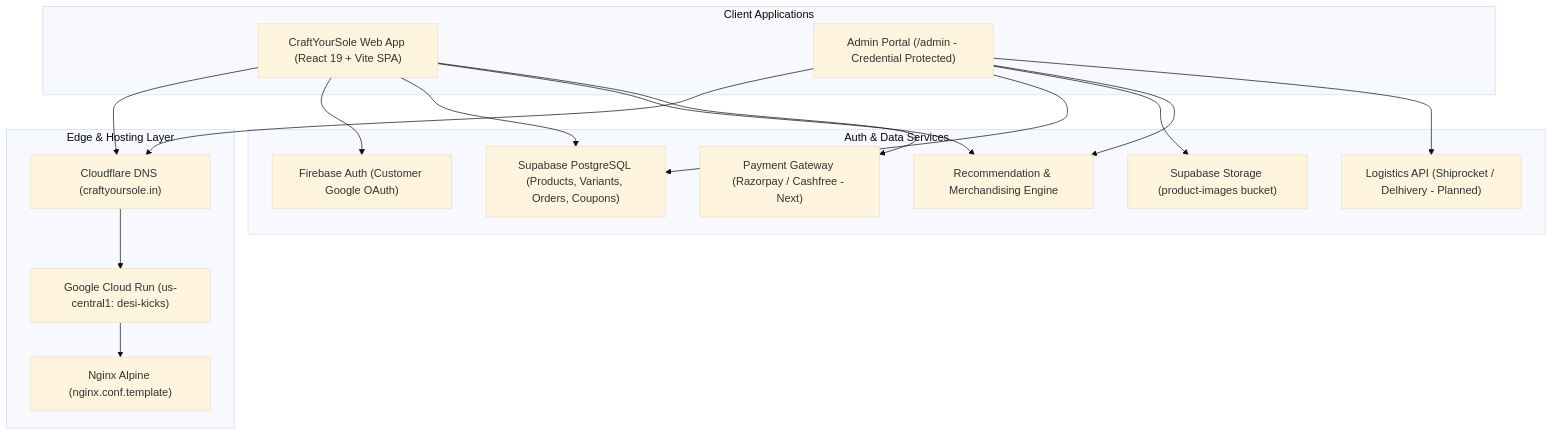
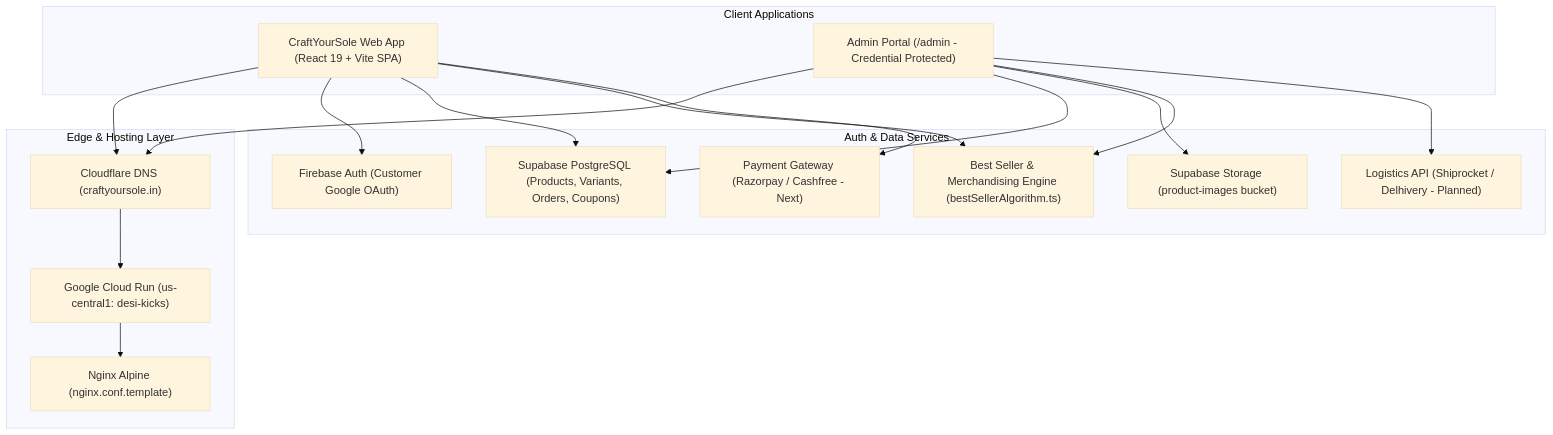
One commit to Daksh1685/Desi-Kicks changed the diagram in ROADMAP.md. Above: the diagram before and after it, drawn with Mermaid (base theme). The commit also changed other lines of this file and 4 other files, not shown here.

Commit message:
feat: add best seller scoring engine, responsive hero banner, and category grid

````diff
--- a/ROADMAP.md
+++ b/ROADMAP.md
@@ -21,33 +21,33 @@
 ```mermaid
 graph TD
     subgraph Client Applications
         C1["CraftYourSole Web App (React 19 + Vite SPA)"]
         C2["Admin Portal (/admin - Credential Protected)"]
     end
 
     subgraph Edge & Hosting Layer
         CF["Cloudflare DNS (craftyoursole.in)"]
         CR["Google Cloud Run (us-central1: desi-kicks)"]
         NG["Nginx Alpine (nginx.conf.template)"]
     end
 
     subgraph Auth & Data Services
         FA["Firebase Auth (Customer Google OAuth)"]
         SB["Supabase PostgreSQL (Products, Variants, Orders, Coupons)"]
         ST["Supabase Storage (product-images bucket)"]
-        REC["Recommendation & Merchandising Engine"]
+        REC["Best Seller & Merchandising Engine (bestSellerAlgorithm.ts)"]
         PAY["Payment Gateway (Razorpay / Cashfree - Next)"]
         SHIP["Logistics API (Shiprocket / Delhivery - Planned)"]
     end
 
     C1 --> CF --> CR --> NG
     C2 --> CF
     C1 --> FA
     C1 --> SB
     C1 --> REC
     C1 --> PAY
     C2 --> SB
     C2 --> ST
     C2 --> REC
     C2 --> SHIP
 ```
````
